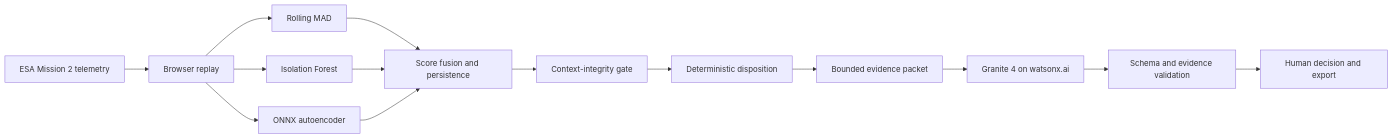
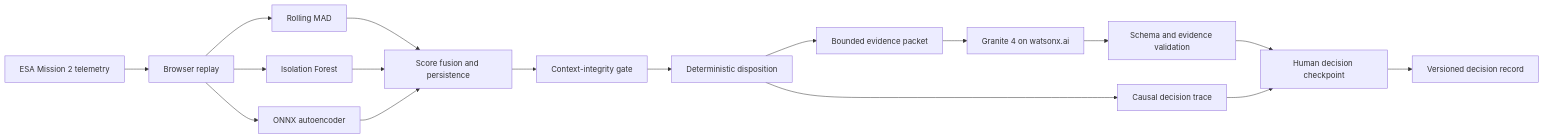
Before and after one commit to edwardjgriggs/flightsentry: the diagram in README.md, drawn with Mermaid. The commit also changed other lines of this file and 102 other files, not shown here.

````diff
--- a/README.md
+++ b/README.md
@@ -42,16 +48,19 @@
 ```mermaid
 flowchart LR
     A[ESA Mission 2 telemetry] --> B[Browser replay]
     B --> C1[Rolling MAD]
     B --> C2[Isolation Forest]
     B --> C3[ONNX autoencoder]
     C1 --> D[Score fusion and persistence]
     C2 --> D
     C3 --> D
     D --> E[Context-integrity gate]
     E --> F[Deterministic disposition]
+    F --> K[Causal decision trace]
     F --> G[Bounded evidence packet]
     G --> H[Granite 4 on watsonx.ai]
     H --> I[Schema and evidence validation]
-    I --> J[Human decision and export]
+    I --> J[Human decision checkpoint]
+    K --> J
+    J --> L[Versioned decision record]
 ```
````
